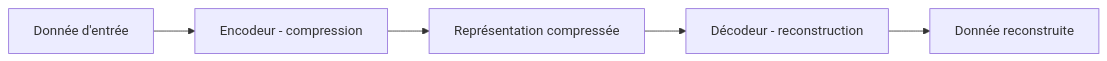
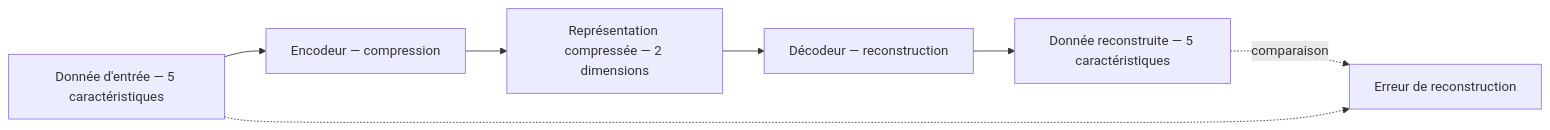
One commit to AureDulvresse/nyx changed the diagram in content/courses/ia-cybersecurity/02-detection-anomalies-deep-learning.md. Above: the diagram before and after it, drawn with Mermaid. The commit also changed other lines of this file and 167 other files, not shown here.

````diff
--- a/content/courses/ia-cybersecurity/02-detection-anomalies-deep-learning.md
+++ b/content/courses/ia-cybersecurity/02-detection-anomalies-deep-learning.md
@@ -21,7 +35,9 @@
 ```mermaid
 graph LR
-    A[Donnée d'entrée] --> B[Encodeur - compression]
-    B --> C[Représentation compressée]
-    C --> D[Décodeur - reconstruction]
-    D --> E[Donnée reconstruite]
+    A["Donnée d'entrée — 5 caractéristiques"] --> B["Encodeur — compression"]
+    B --> C["Représentation compressée — 2 dimensions"]
+    C --> D["Décodeur — reconstruction"]
+    D --> E["Donnée reconstruite — 5 caractéristiques"]
+    E -.->|"comparaison"| F["Erreur de reconstruction"]
+    A -.-> F
 ```
````
